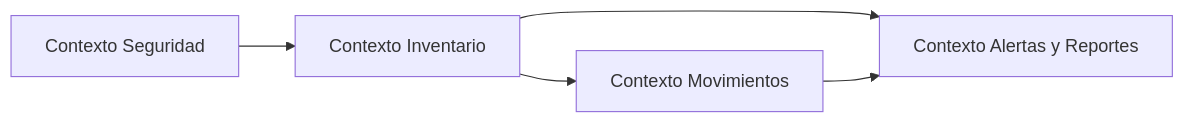
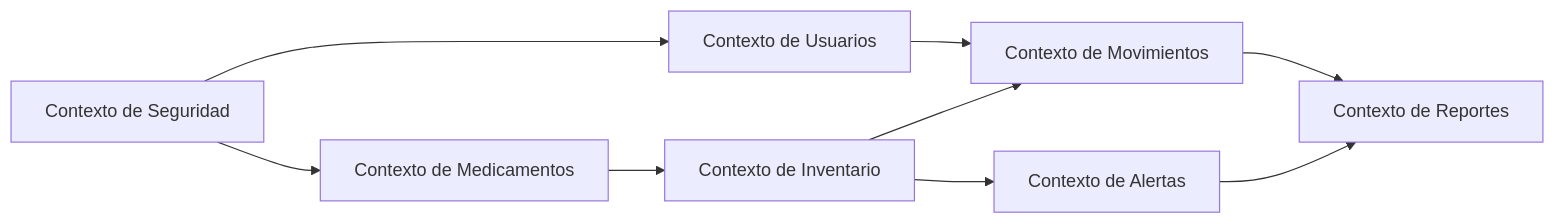
One commit to jose6668/FarmaExpres-Diagramas changed the fourth of 4 diagrams in README.md. Above: the diagram before and after it, drawn with Mermaid. The commit also changed other lines of this file, not shown here.

````diff
--- a/README.md
+++ b/README.md
@@ -194,14 +237,20 @@
 ```mermaid
 flowchart LR
 
-Security[Contexto Seguridad]
-Inventory[Contexto Inventario]
-Movement[Contexto Movimientos]
-Monitoring[Contexto Alertas y Reportes]
+Security[Contexto de Seguridad]
+Users[Contexto de Usuarios]
+Medicines[Contexto de Medicamentos]
+Inventory[Contexto de Inventario]
+Movements[Contexto de Movimientos]
+Alerts[Contexto de Alertas]
+Reports[Contexto de Reportes]
 
-Security --> Inventory
-Inventory --> Movement
-Inventory --> Monitoring
-Movement --> Monitoring
-
+Security --> Users
+Security --> Medicines
+Users --> Movements
+Medicines --> Inventory
+Inventory --> Movements
+Inventory --> Alerts
+Movements --> Reports
+Alerts --> Reports
 ```
````
